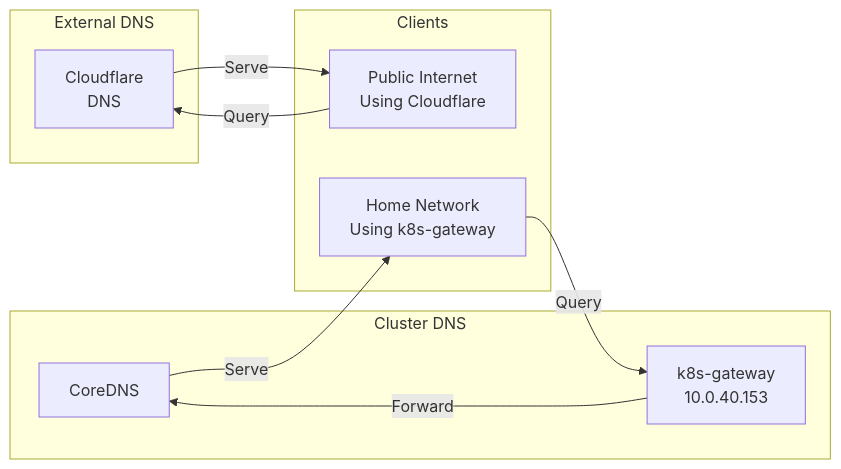
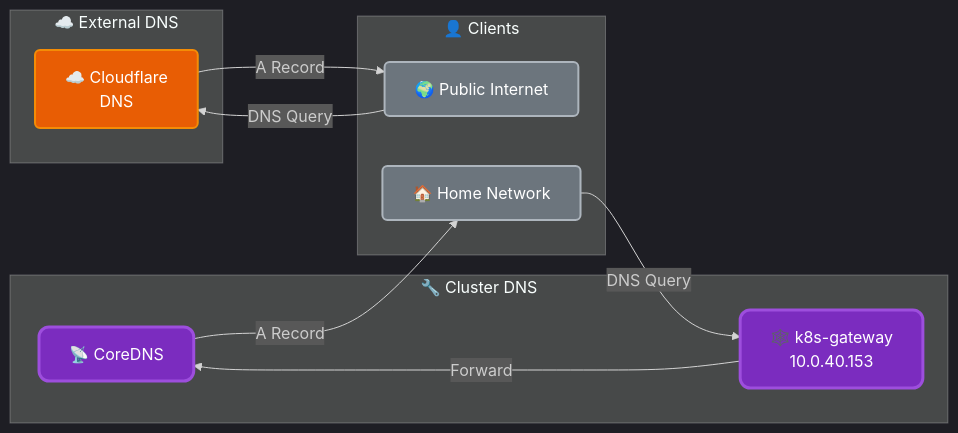
One commit to fabricesemti80/home-argo-cluster-2025 changed the sixth of 13 diagrams in docs/architecture.md. Above: the diagram before and after it, drawn with Mermaid. The commit also changed other lines of this file, not shown here.

First line of the commit message:
docs(architecture): add dark theme styling to Mermaid diagrams

````diff
--- a/docs/architecture.md
+++ b/docs/architecture.md
@@ -204,22 +260,28 @@
 ```mermaid
+%%{init: {'theme': 'dark'}}%%
 flowchart LR
-    subgraph ExternalDNS["External DNS"]
-        ExtDNS[Cloudflare<br/>DNS]
+    %% Styles
+    classDef dns fill:#7b2cbf,stroke:#9d4edd,stroke-width:3px,color:#fff,rx:10
+    classDef client fill:#6c757d,stroke:#adb5bd,stroke-width:2px,color:#fff,rx:5
+    classDef cloud fill:#e85d04,stroke:#f48c06,stroke-width:2px,color:#fff,rx:5
+    
+    subgraph ExternalDNS["☁️ External DNS"]
+        ExtDNS["☁️ Cloudflare<br/>DNS"]:::cloud
     end
     
-    subgraph ClusterDNS["Cluster DNS"]
-        CoreDNS[CoreDNS]
-        K8sGW["k8s-gateway<br/>10.0.40.153"]
+    subgraph ClusterDNS["🔧 Cluster DNS"]
+        CoreDNS["📡 CoreDNS"]:::dns
+        K8sGW["🕸️ k8s-gateway<br/>10.0.40.153"]:::dns
     end
     
-    subgraph Clients["Clients"]
-        Home[Home Network<br/>Using k8s-gateway]
-        Pub[Public Internet<br/>Using Cloudflare]
+    subgraph Clients["👤 Clients"]
+        Home["🏠 Home Network"]:::client
+        Pub["🌍 Public Internet"]:::client
     end
     
-    Pub -->|Query| ExtDNS
-    Home -->|Query| K8sGW
-    K8sGW -->|Forward| CoreDNS
-    ExtDNS -->|Serve| Pub
-    CoreDNS -->|Serve| Home
+    Pub --"DNS Query"--> ExtDNS
+    Home --"DNS Query"--> K8sGW
+    K8sGW --"Forward"--> CoreDNS
+    ExtDNS --"A Record"--> Pub
+    CoreDNS --"A Record"--> Home
 ```
````
